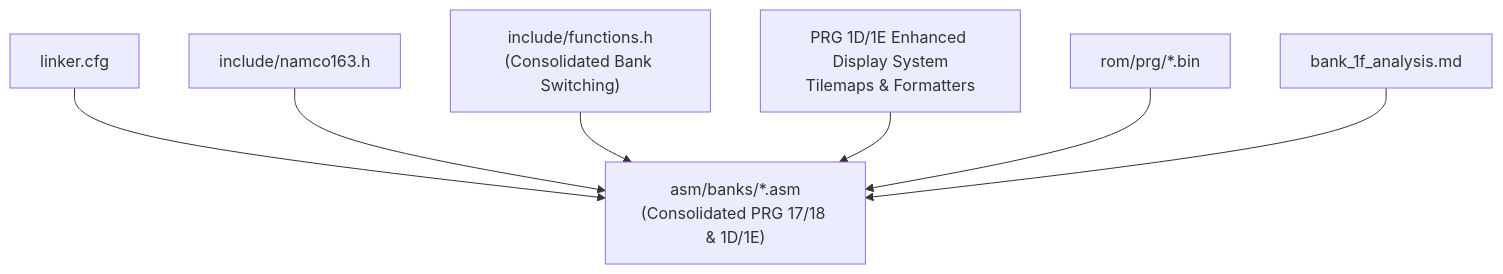
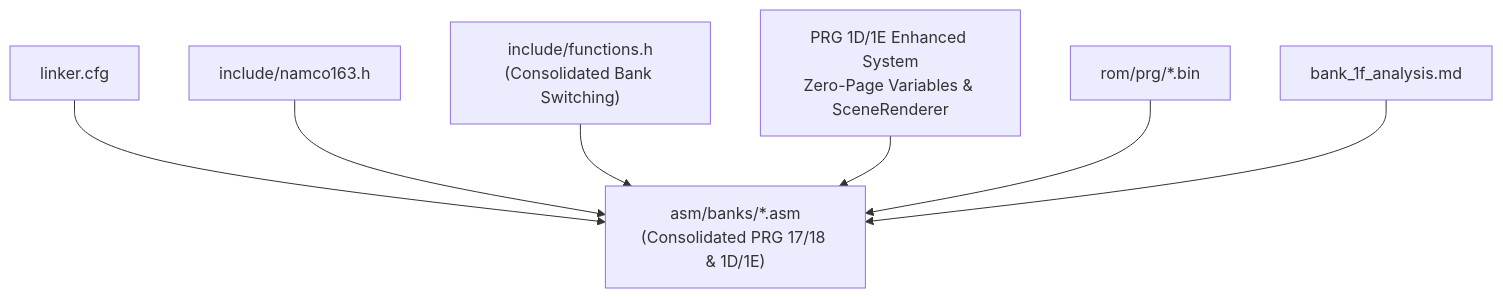
One commit to rabbyzero/sango2dasm changed the third of 3 diagrams in .qoder/repowiki/en/content/Assembly Architecture/Bank Organization and Memory Layout.md. Above: the diagram before and after it, drawn with Mermaid. The commit also changed other lines of this file and 23 other files, not shown here.

````diff
--- a/.qoder/repowiki/en/content/Assembly Architecture/Bank Organization and Memory Layout.md
+++ b/.qoder/repowiki/en/content/Assembly Architecture/Bank Organization and Memory Layout.md
@@ -462,16 +472,16 @@
 ```mermaid
 graph TB
 LCFG["linker.cfg"]
 N163["include/namco163.h"]
 FUNCS["include/functions.h<br/>(Consolidated Bank Switching)"]
 STUBS["asm/banks/*.asm<br/>(Consolidated PRG 17/18 & 1D/1E)"]
-ENHANCED["PRG 1D/1E Enhanced Display System<br/>Tilemaps & Formatters"]
+ENHANCED["PRG 1D/1E Enhanced System<br/>Zero-Page Variables & SceneRenderer"]
 ROM["rom/prg/*.bin"]
 BOOT["bank_1f_analysis.md"]
 LCFG --> STUBS
 N163 --> STUBS
 FUNCS --> STUBS
 ENHANCED --> STUBS
 ROM --> STUBS
 BOOT --> STUBS
 ```
````
